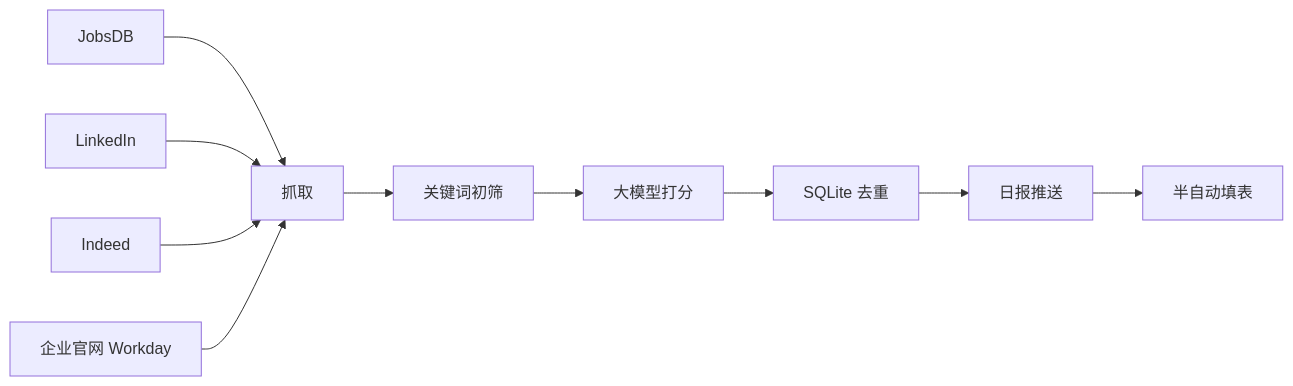
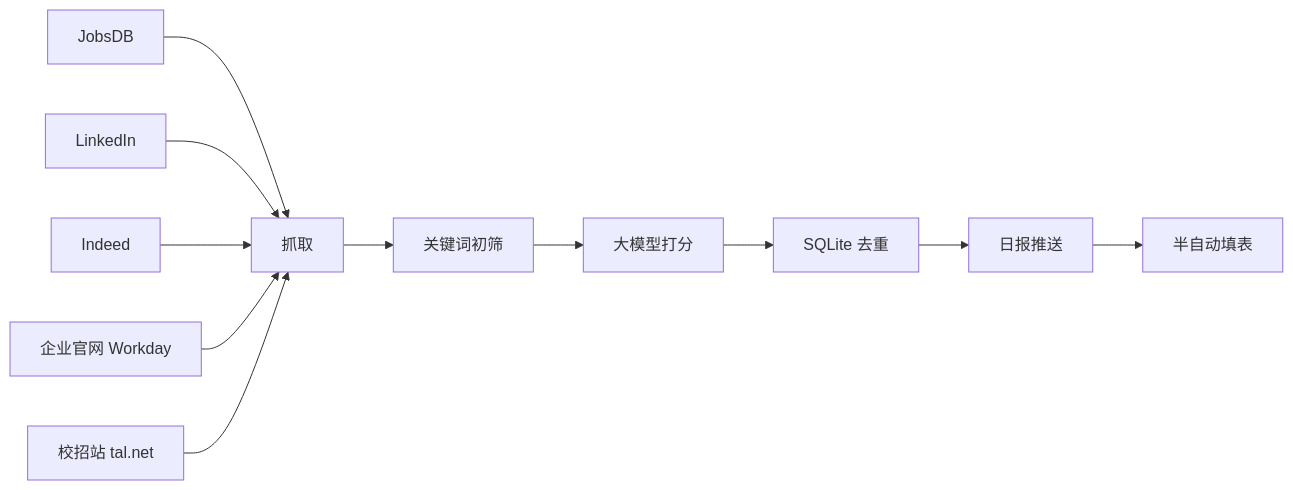
The first of 2 diagrams in README.md (prui0474/hk-job-radar), drawn with Mermaid before and after one commit. The commit also changed other lines of this file and 8 other files, not shown here.

First line of the commit message:
新增 tal.net 校招源，覆盖 Jefferies / Fidelity 的香港暑期实习

````diff
--- a/README.md
+++ b/README.md
@@ -73,12 +74,13 @@
 ```mermaid
 flowchart LR
     A[JobsDB] --> D[抓取]
     B[LinkedIn] --> D
     C[Indeed] --> D
     W[企业官网 Workday] --> D
+    T[校招站 tal.net] --> D
     D --> E[关键词初筛]
     E --> F[大模型打分]
     F --> G[SQLite 去重]
     G --> H[日报推送]
     H --> I[半自动填表]
 ```
````
